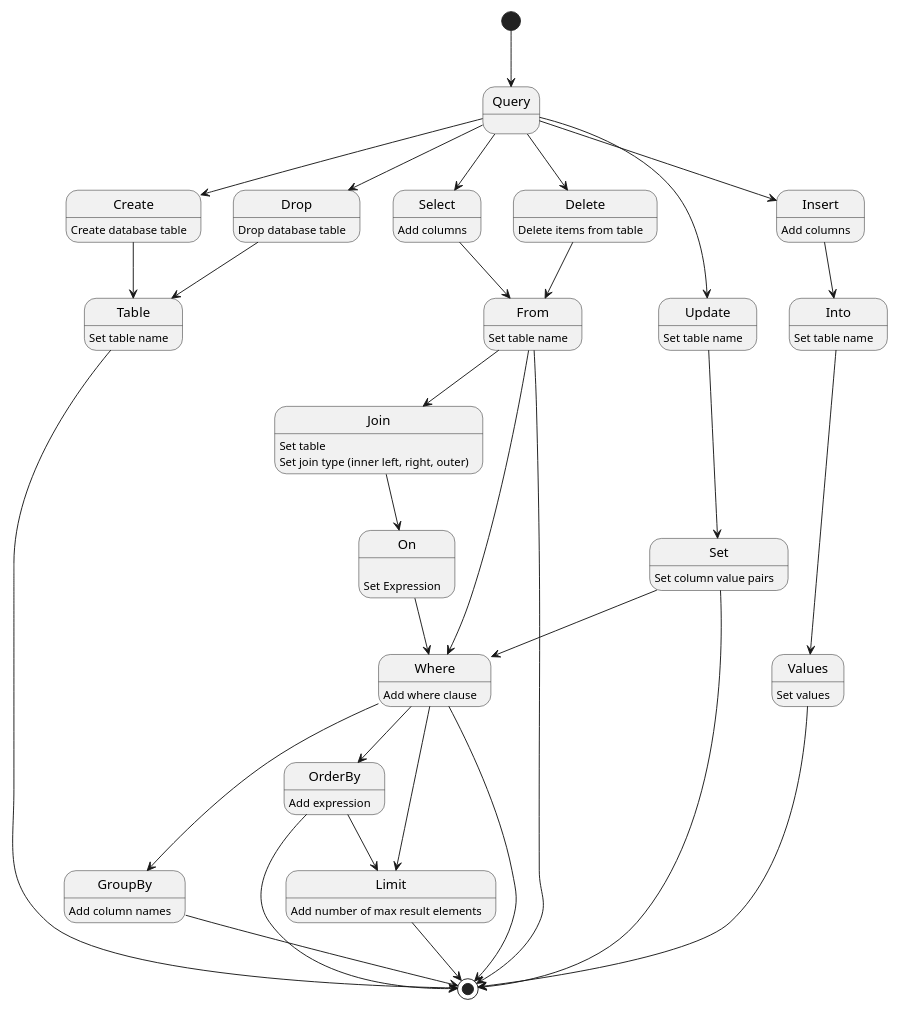
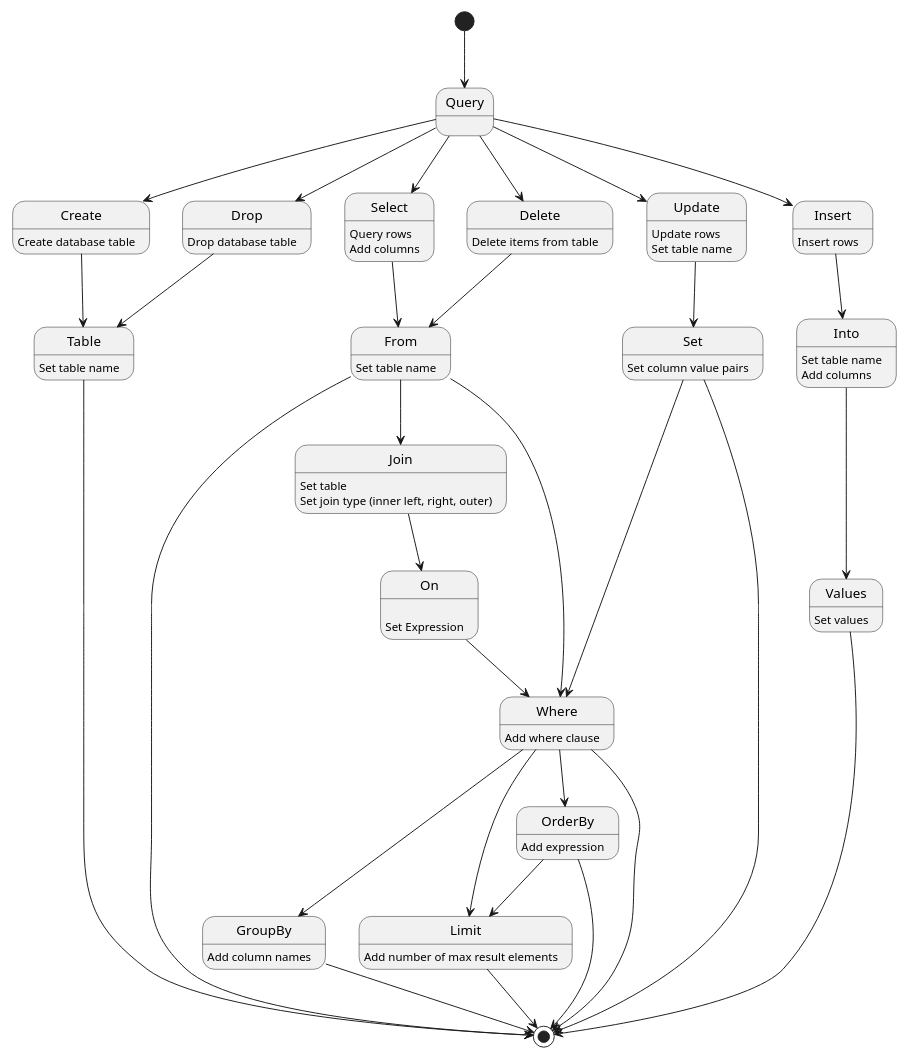
The diagram in sandbox/query.puml (zussel/matador), drawn with PlantUML before and after one commit. The commit also changed 48 other files, not shown here.

```diff
--- a/sandbox/query.puml
+++ b/sandbox/query.puml
@@ -1,83 +1,86 @@
 @startuml
 
 scale 800 width
 state Query
 
 state Create
 Create : Create database table
 state Drop
 Drop : Drop database table
 state Select
+Select: Query rows
 Select: Add columns
 state Insert
-Insert: Add columns
+Insert: Insert rows
 state Update
+Update: Update rows
 Update: Set table name
 state Delete
 Delete: Delete items from table
 
 state Table
 Table: Set table name
 state Into
 Into: Set table name
+Into: Add columns
 state From
 From: Set table name
 
 state Join
 Join: Set table
 Join: Set join type (inner left, right, outer)
 state Where
 Where: Add where clause
 state Set
 Set: Set column value pairs
 state Values
 Values: Set values
 
 state On:
 On: Set Expression
 
 state GroupBy
 GroupBy: Add column names
 state OrderBy
 OrderBy: Add expression
 state Limit
 Limit: Add number of max result elements
 
 [*] --> Query
 Query --> Create
 Query --> Drop
 Query --> Select
 Query --> Insert
 Query --> Update
 Query --> Delete
 
 Create --> Table
 Drop --> Table
 Select --> From
 Insert --> Into
 Delete --> From
 
 Into --> Values
 Update --> Set
-Set --> Where
+Set -> Where
 From --> Where
 From --> Join
 Join --> On
 On --> Where
 
 Where --> GroupBy
 Where --> OrderBy
 Where --> Limit
 
 OrderBy --> Limit
 
 Table --> [*]
 Values ---> [*]
 Where --> [*]
 Set --> [*]
 From --> [*]
 Limit --> [*]
 OrderBy --> [*]
 GroupBy --> [*]
 
 @enduml
```
